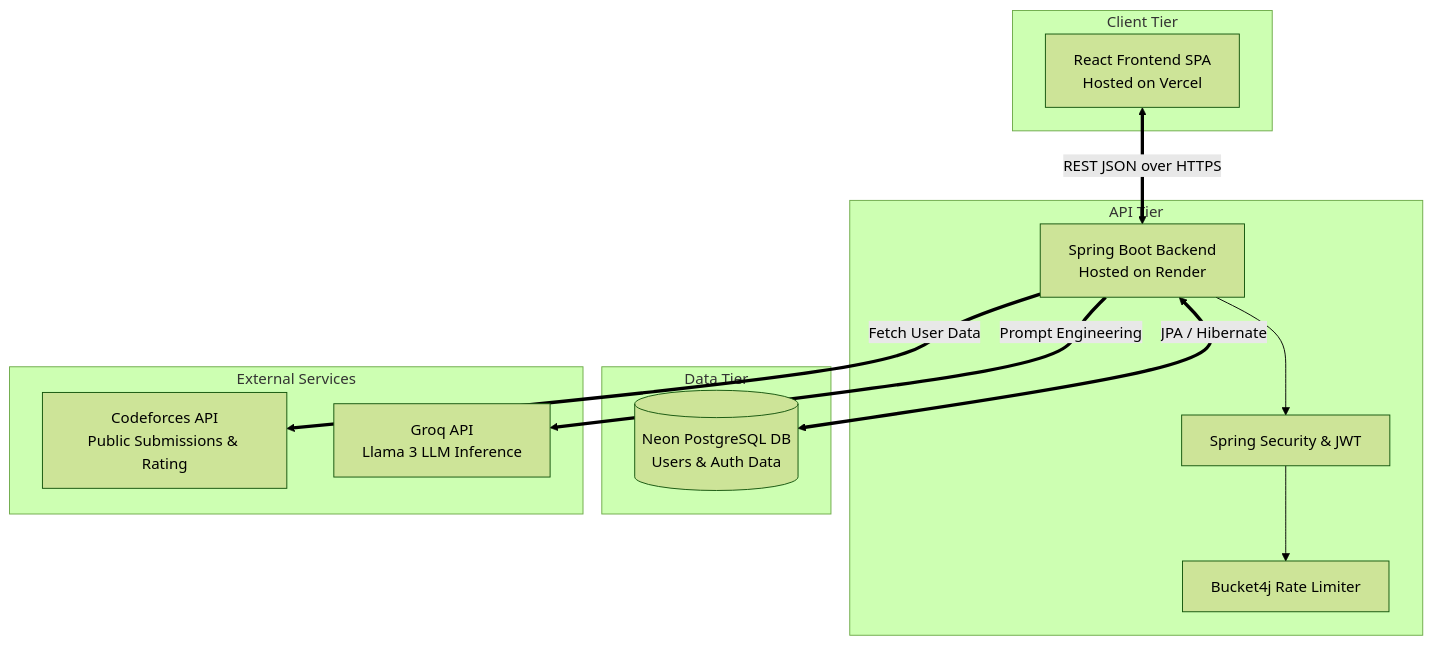
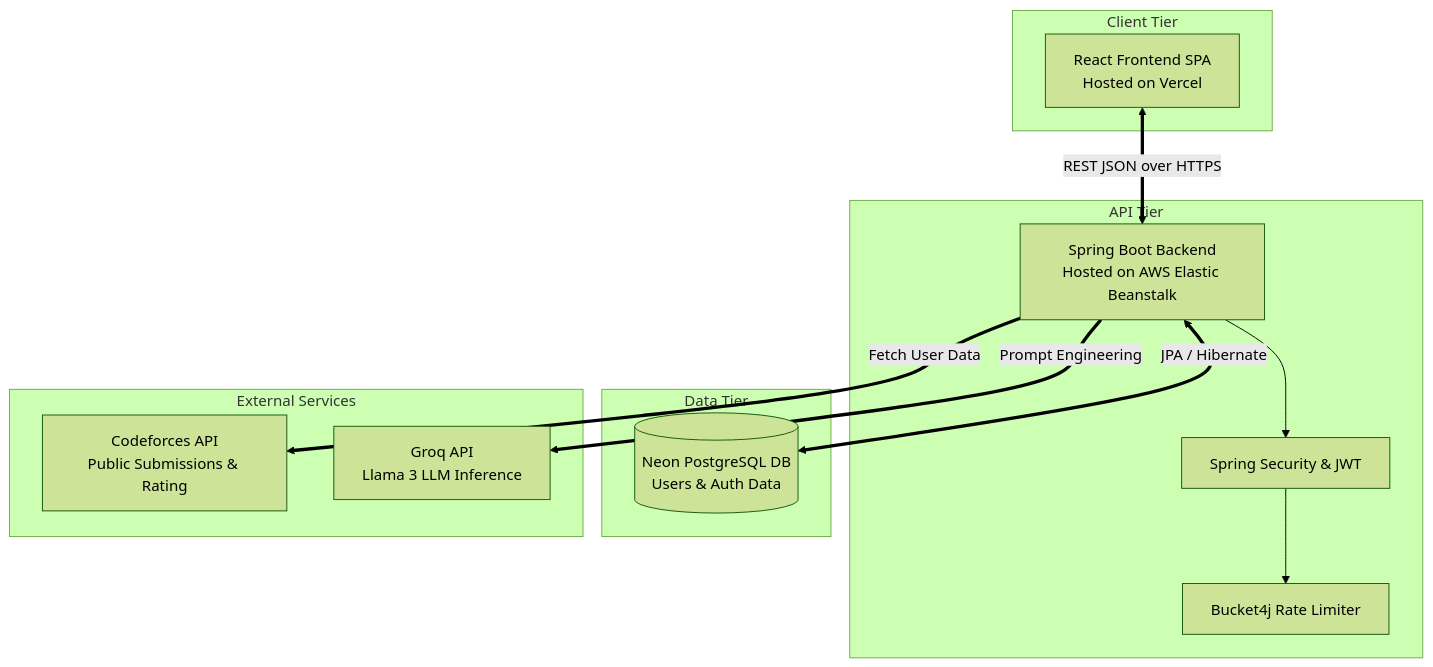
Before and after one commit to VSK-777/AIAlgoCoach: the first of 2 diagrams in README.md, drawn with Mermaid (forest theme). The commit also changed other lines of this file and 24 other files, not shown here.

````diff
--- a/README.md
+++ b/README.md
@@ -68,29 +68,29 @@
 ```mermaid
 graph TD
     subgraph Client Tier
         UI[React Frontend SPA<br/>Hosted on Vercel]
     end
 
     subgraph API Tier
-        API[Spring Boot Backend<br/>Hosted on Render]
+        API[Spring Boot Backend<br/>Hosted on AWS Elastic Beanstalk]
         Security[Spring Security & JWT]
         RateLimit[Bucket4j Rate Limiter]
         
         API --> Security
         Security --> RateLimit
     end
 
     subgraph Data Tier
         DB[(Neon PostgreSQL DB<br/>Users & Auth Data)]
     end
 
     subgraph External Services
         CF[Codeforces API<br/>Public Submissions & Rating]
         AI[Groq API<br/>Llama 3 LLM Inference]
     end
 
     UI <==>|REST JSON over HTTPS| API
     API <==>|JPA / Hibernate| DB
     API ==>|Fetch User Data| CF
     API ==>|Prompt Engineering| AI
 ```
````
